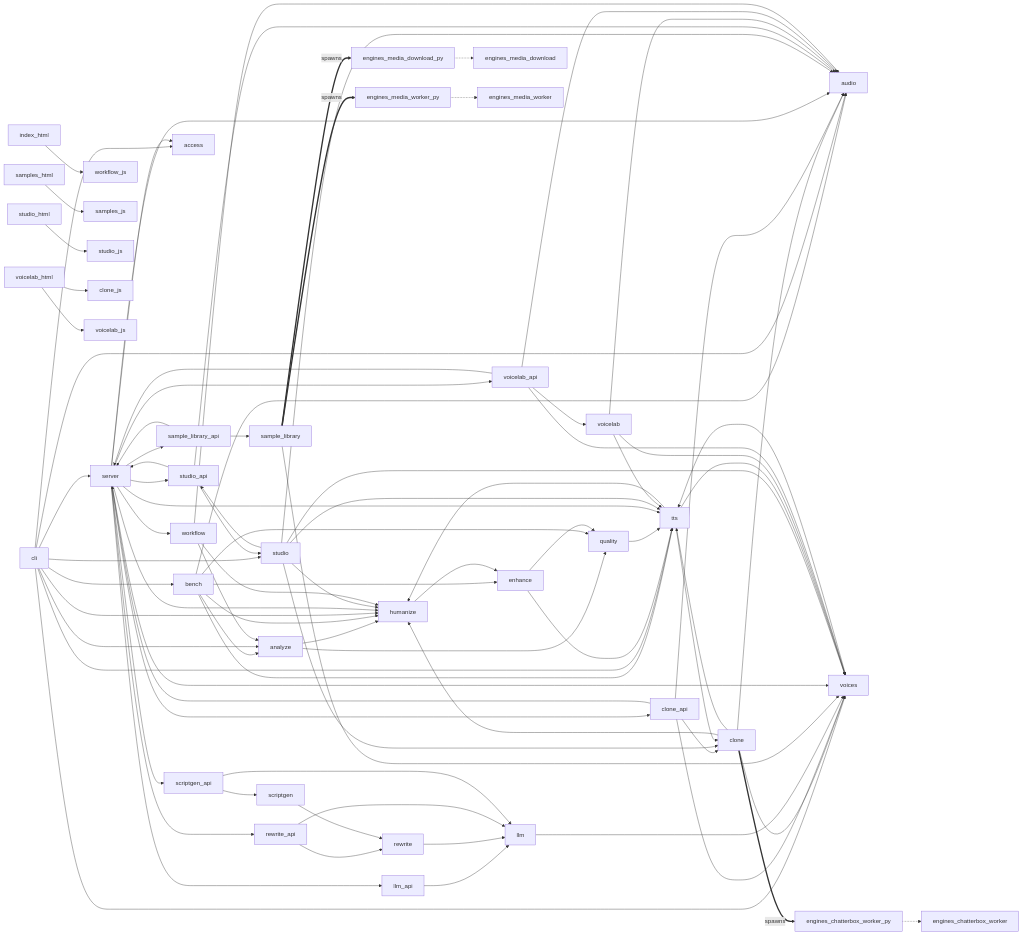
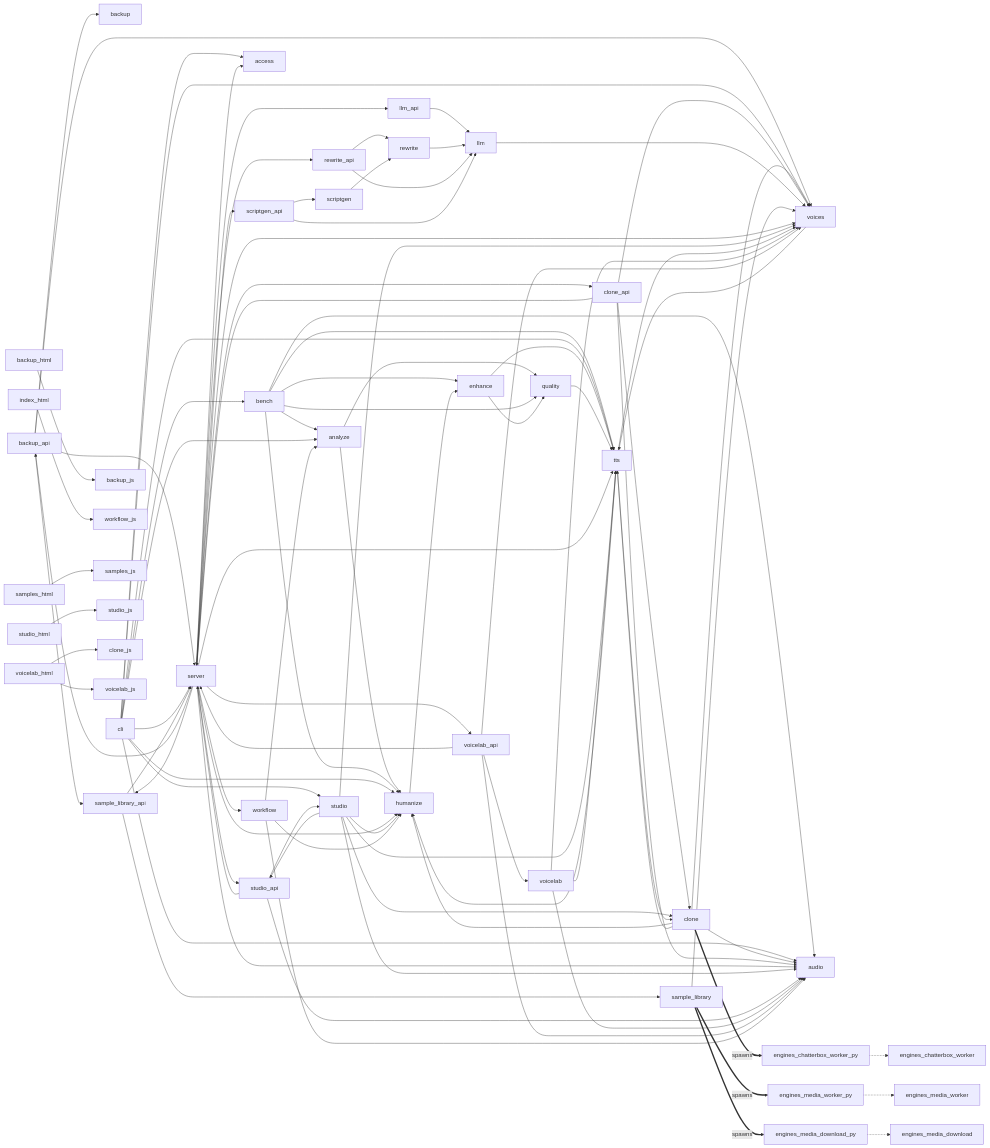
Before and after one commit to g-baskin/voice-studio: the diagram in library/knowledge/private/codebase-graph/meta/code-graph.md, drawn with Mermaid. The commit also changed other lines of this file and 35 other files, not shown here.

```diff
--- a/library/knowledge/private/codebase-graph/meta/code-graph.md
+++ b/library/knowledge/private/codebase-graph/meta/code-graph.md
@@ -44,6 +44,10 @@
 flowchart LR
   analyze --> humanize
   analyze --> quality
+  backup_api --> backup
+  backup_api --> sample_library_api
+  backup_api --> server
+  backup_api --> voices
   bench --> analyze
   bench --> audio
   bench --> enhance
@@ -87,6 +91,7 @@
   scriptgen_api --> scriptgen
   server --> access
   server --> audio
+  server --> backup_api
   server --> clone_api
   server --> humanize
   server --> llm_api
@@ -124,6 +129,7 @@
   engines_chatterbox_worker_py -.-> engines_chatterbox_worker
   engines_media_download_py -.-> engines_media_download
   engines_media_worker_py -.-> engines_media_worker
+  backup_html --> backup_js
   index_html --> workflow_js
   samples_html --> samples_js
   studio_html --> studio_js
```
